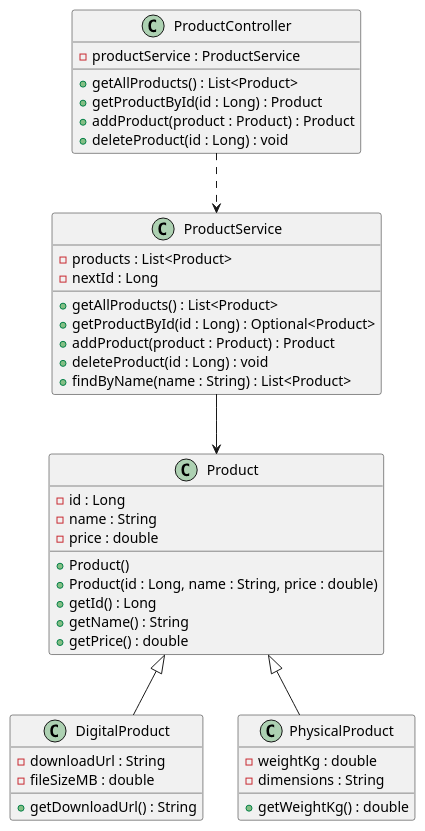
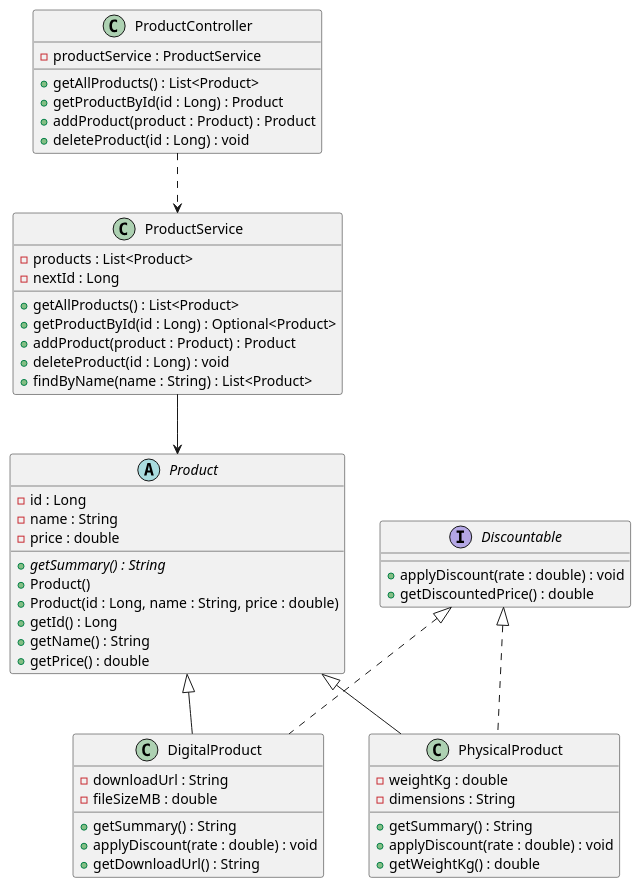
The diagram in docs/uml/Product.puml (NazahaNaleem/products-api), drawn with PlantUML before and after one commit. The commit also changed 6 other files, not shown here.

Commit message:
Tutorial 5: polymorphism — getSummary override and Discountable interface

```diff
--- a/docs/uml/Product.puml
+++ b/docs/uml/Product.puml
@@ -1,50 +1,63 @@
  @startuml
 
-class Product {
+abstract class Product {
     - id : Long
     - name : String
     - price : double
-
+    + {abstract} getSummary() : String
     + Product()
     + Product(id : Long, name : String, price : double)
     + getId() : Long
     + getName() : String
     + getPrice() : double
+}
+
+interface Discountable {
++ applyDiscount(rate : double) : void
++ getDiscountedPrice() : double
 }
 
 class ProductService {
   - products : List<Product>
   - nextId : Long
   + getAllProducts() : List<Product>
   + getProductById(id : Long) : Optional<Product>
   + addProduct(product : Product) : Product
   + deleteProduct(id : Long) : void
   + findByName(name : String) : List<Product>
 }
 
 class ProductController {
   - productService : ProductService
   + getAllProducts() : List<Product>
   + getProductById(id : Long) : Product
   + addProduct(product : Product) : Product
   + deleteProduct(id : Long) : void
 }
 
 class DigitalProduct {
     - downloadUrl : String
     - fileSizeMB : double
+    + getSummary() : String
+    + applyDiscount(rate : double) : void
     + getDownloadUrl() : String
 }
 class PhysicalProduct {
     - weightKg : double
     - dimensions : String
+    + getSummary() : String
+    + applyDiscount(rate : double) : void
     + getWeightKg() : double
 }
 
 ProductController ..> ProductService
 ProductService --> Product
 ' <|-- is the inheritance arrow. The PARENT goes on the left.
+' <|-- generalisation (extends): SOLID line
 Product <|-- DigitalProduct
 Product <|-- PhysicalProduct
 
+' <|.. realisation (implements): DASHED line
+Discountable <|.. DigitalProduct
+Discountable <|.. PhysicalProduct
 @enduml
```
